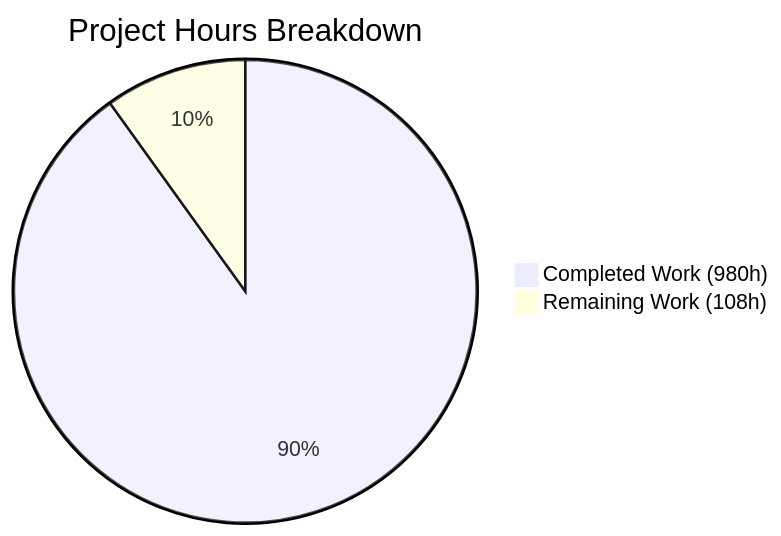
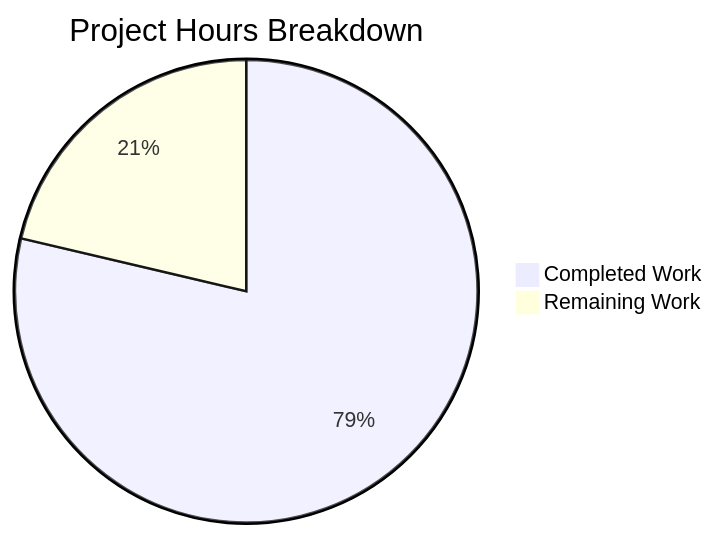
Before and after one commit to Blitzy-Sandbox/blitzy-exim: the second of 2 diagrams in blitzy/documentation/Project Guide.md, drawn with Mermaid. The commit also changed other lines of this file, not shown here.

Commit message:
Adding Blitzy Project Guide: Project Status and Human Tasks Remaining

````diff
--- a/blitzy/documentation/Project Guide.md
+++ b/blitzy/documentation/Project Guide.md
@@ -257,5 +233,5 @@
 ```mermaid
 pie title Project Hours Breakdown
-    "Completed Work (980h)" : 980
-    "Remaining Work (108h)" : 108
+    "Completed Work" : 782
+    "Remaining Work" : 212
 ```
````
